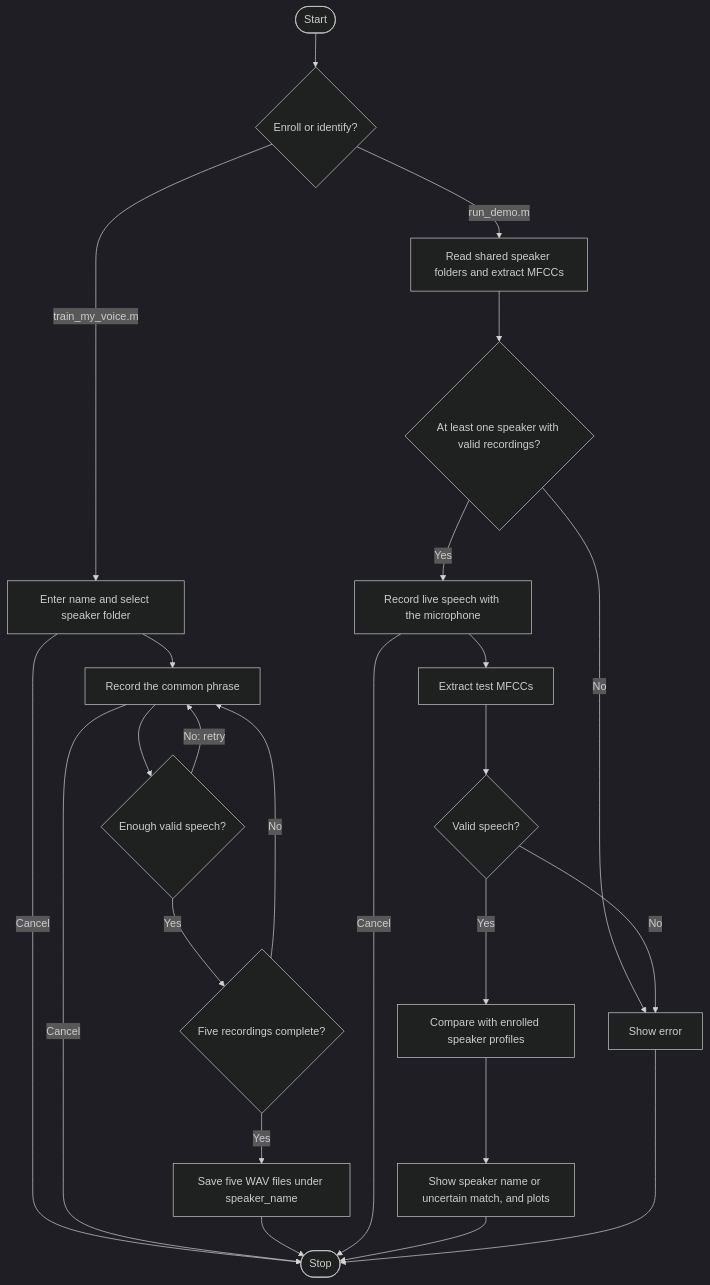
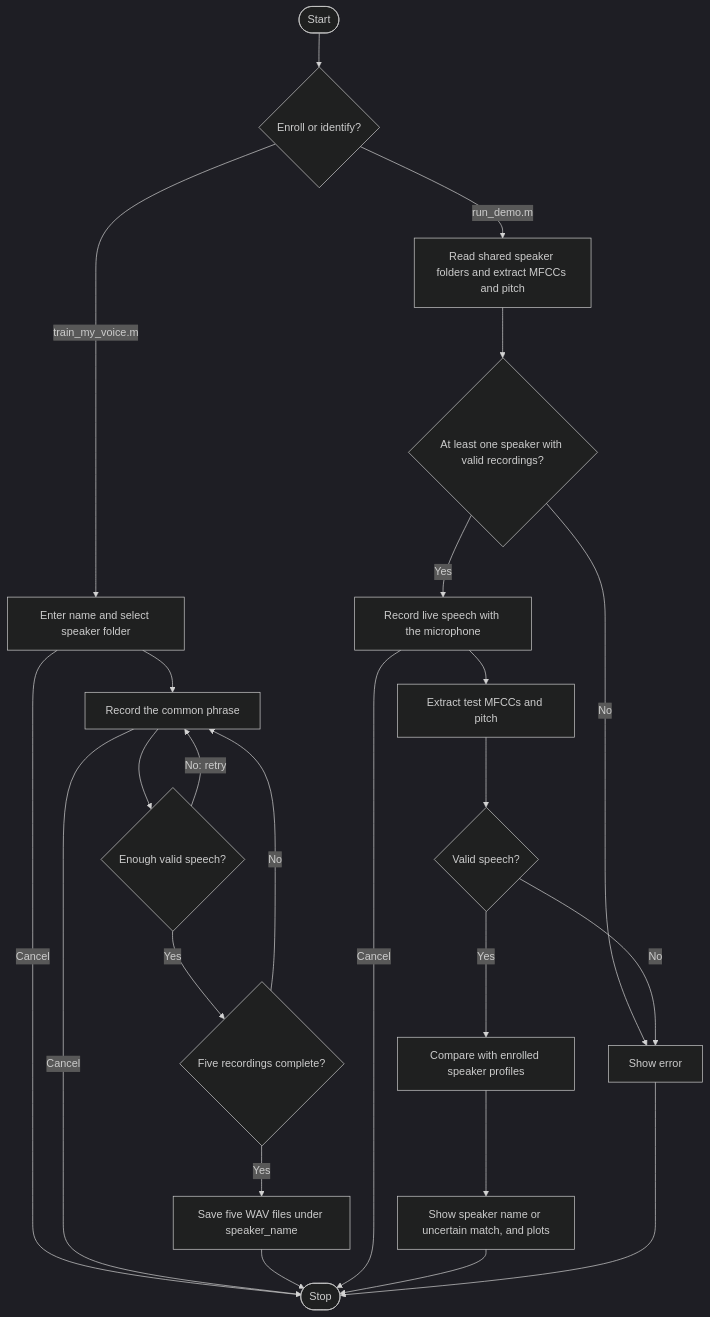
Before and after one commit to sarveshnimbalkar/VOICE-RECOGNITION-SNS: the diagram in readme.md, drawn with Mermaid (dark theme). The commit also changed other lines of this file and 2 other files, not shown here.

Commit message:
Combine MFCCs with voiced pitch to improve speaker separation

````diff
--- a/readme.md
+++ b/readme.md
@@ -7,26 +7,26 @@
 ```mermaid
 flowchart TD
     startNode(["Start"]) --> mode{"Enroll or identify?"}
     mode -->|"train_my_voice.m"| nameFolder["Enter name and select speaker folder"]
     nameFolder --> recordAudio["Record the common phrase"]
     nameFolder -->|"Cancel"| stopNode(["Stop"])
     recordAudio --> validSpeech{"Enough valid speech?"}
     recordAudio -->|"Cancel"| stopNode
     validSpeech -->|"No: retry"| recordAudio
     validSpeech -->|"Yes"| fiveSamples{"Five recordings complete?"}
     fiveSamples -->|"No"| recordAudio
     fiveSamples -->|"Yes"| saveAudio["Save five WAV files under speaker_name"]
     saveAudio --> stopNode
-    mode -->|"run_demo.m"| loadAudio["Read shared speaker folders and extract MFCCs"]
+    mode -->|"run_demo.m"| loadAudio["Read shared speaker folders and extract MFCCs and pitch"]
     loadAudio --> ready{"At least one speaker with valid recordings?"}
     ready -->|"No"| showError["Show error"]
     ready -->|"Yes"| testAudio["Record live speech with the microphone"]
     testAudio -->|"Cancel"| stopNode
-    testAudio --> extract["Extract test MFCCs"]
+    testAudio --> extract["Extract test MFCCs and pitch"]
     extract --> validTest{"Valid speech?"}
     validTest -->|"No"| showError
     validTest -->|"Yes"| compare["Compare with enrolled speaker profiles"]
     compare --> displayResult["Show speaker name or uncertain match, and plots"]
     displayResult --> stopNode
     showError --> stopNode
 ```
````
